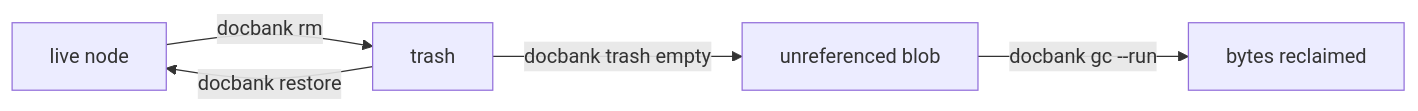
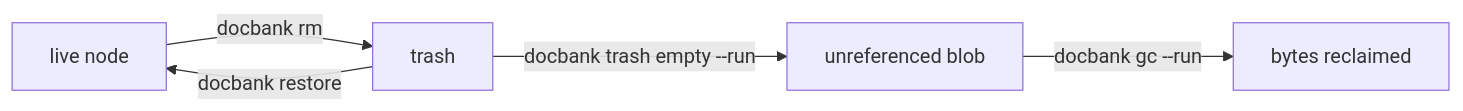
Before and after one commit to kenn-io/docbank: the diagram in docs/usage/trash-and-gc.md, drawn with Mermaid. The commit also changed other lines of this file and 24 other files, not shown here.

````diff
--- a/docs/usage/trash-and-gc.md
+++ b/docs/usage/trash-and-gc.md
@@ -12,7 +12,7 @@
 ```mermaid
 flowchart LR
     A[live node] -- "docbank rm" --> B[trash]
     B -- "docbank restore" --> A
-    B -- "docbank trash empty" --> C[unreferenced blob]
+    B -- "docbank trash empty --run" --> C[unreferenced blob]
     C -- "docbank gc --run" --> D[bytes reclaimed]
 ```
````
